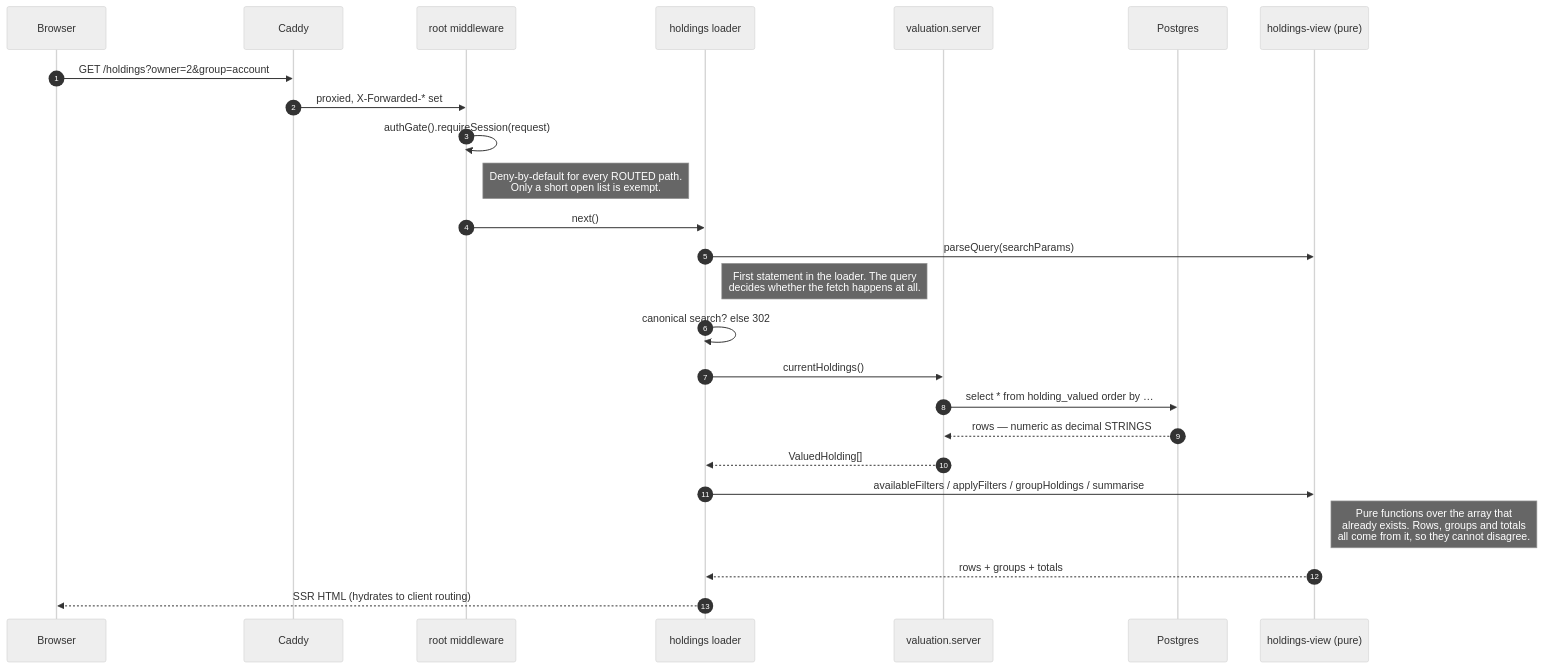
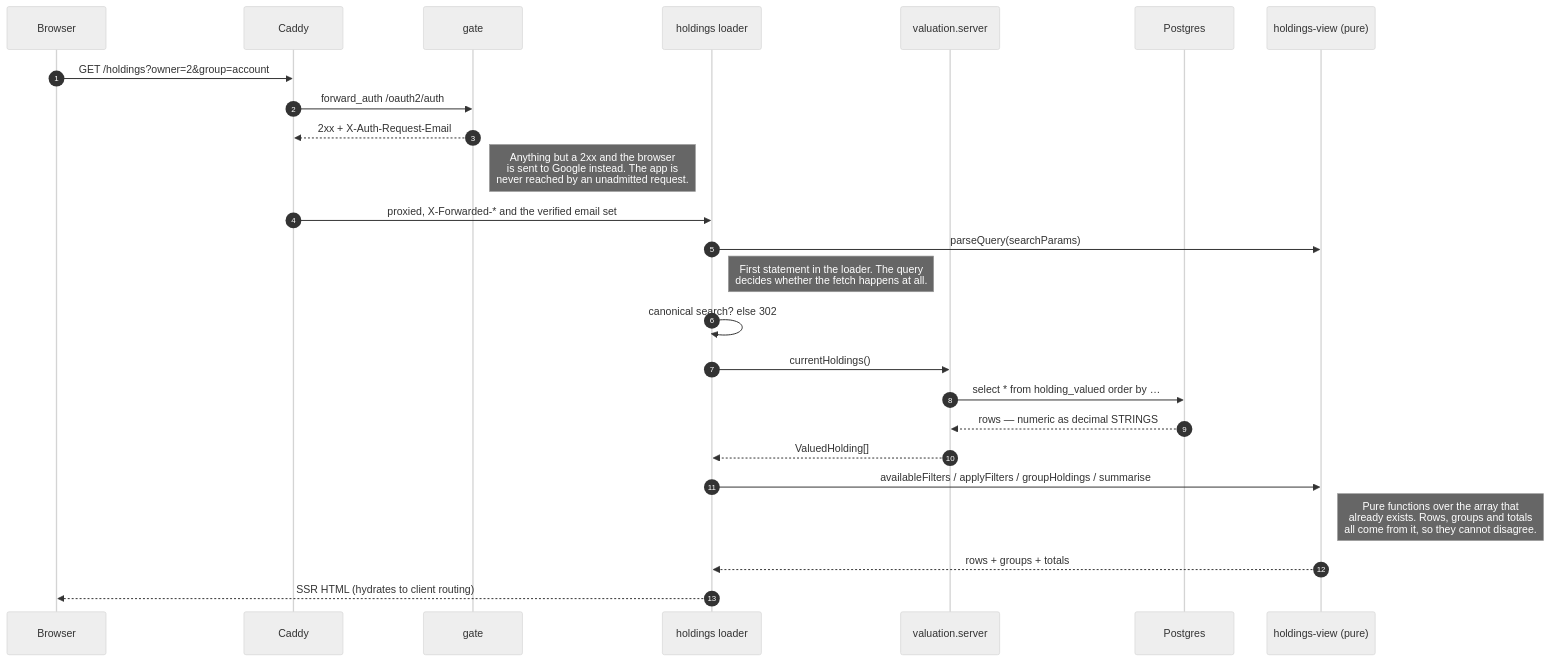
One commit to chethan123/portfolio changed the fourth of 10 diagrams in ARCHITECTURE.md. Above: the diagram before and after it, drawn with Mermaid (neutral theme). The commit also changed other lines of this file and 2 other files, not shown here.

````diff
--- a/ARCHITECTURE.md
+++ b/ARCHITECTURE.md
@@ -338,28 +378,28 @@
 ```mermaid
 sequenceDiagram
     autonumber
     participant B as Browser
     participant C as Caddy
-    participant M as root middleware
+    participant G as gate
     participant L as holdings loader
     participant V as valuation.server
     participant PG as Postgres
     participant H as holdings-view (pure)
 
     B->>C: GET /holdings?owner=2&group=account
-    C->>M: proxied, X-Forwarded-* set
-    M->>M: authGate().requireSession(request)
-    Note right of M: Deny-by-default for every ROUTED path.<br/>Only a short open list is exempt.
-    M->>L: next()
+    C->>G: forward_auth /oauth2/auth
+    G-->>C: 2xx + X-Auth-Request-Email
+    Note right of G: Anything but a 2xx and the browser<br/>is sent to Google instead. The app is<br/>never reached by an unadmitted request.
+    C->>L: proxied, X-Forwarded-* and the verified email set
     L->>H: parseQuery(searchParams)
     Note right of L: First statement in the loader. The query<br/>decides whether the fetch happens at all.
     L->>L: canonical search? else 302
     L->>V: currentHoldings()
     V->>PG: select * from holding_valued order by …
     PG-->>V: rows — numeric as decimal STRINGS
     V-->>L: ValuedHolding[]
     L->>H: availableFilters / applyFilters / groupHoldings / summarise
     Note right of H: Pure functions over the array that<br/>already exists. Rows, groups and totals<br/>all come from it, so they cannot disagree.
     H-->>L: rows + groups + totals
     L-->>B: SSR HTML (hydrates to client routing)
 ```
````
